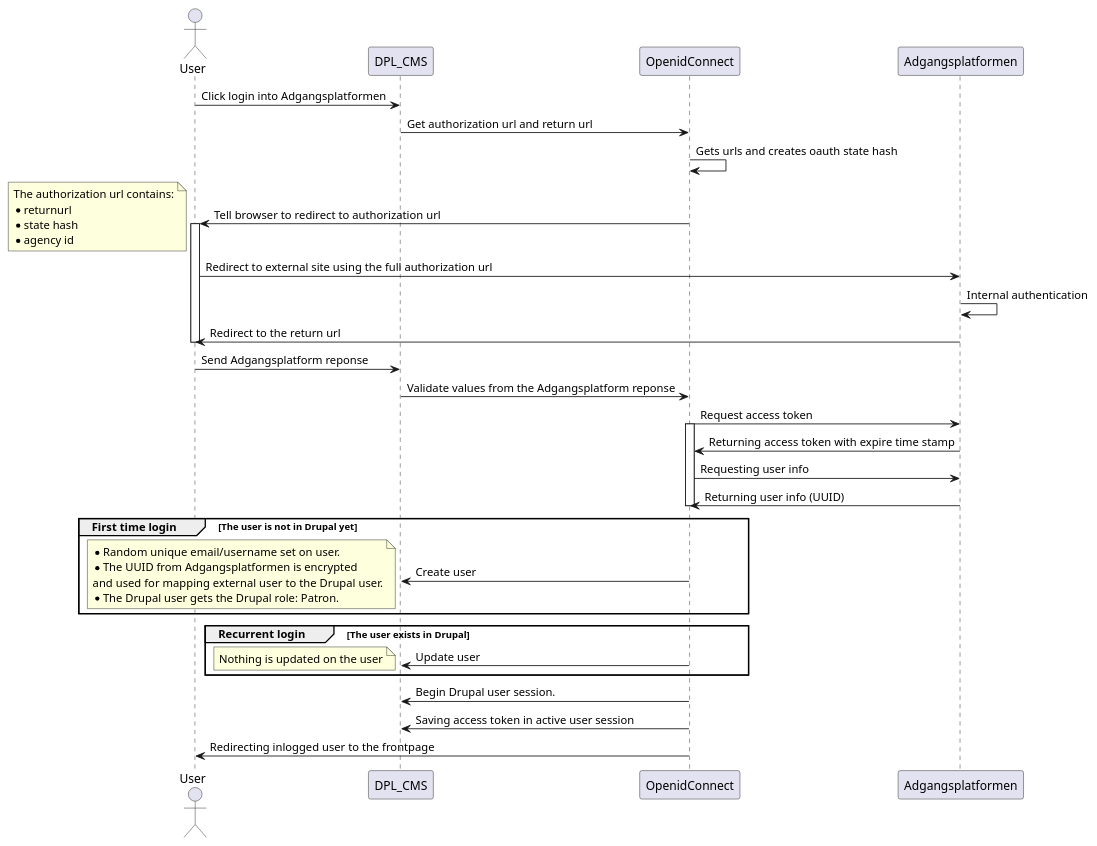
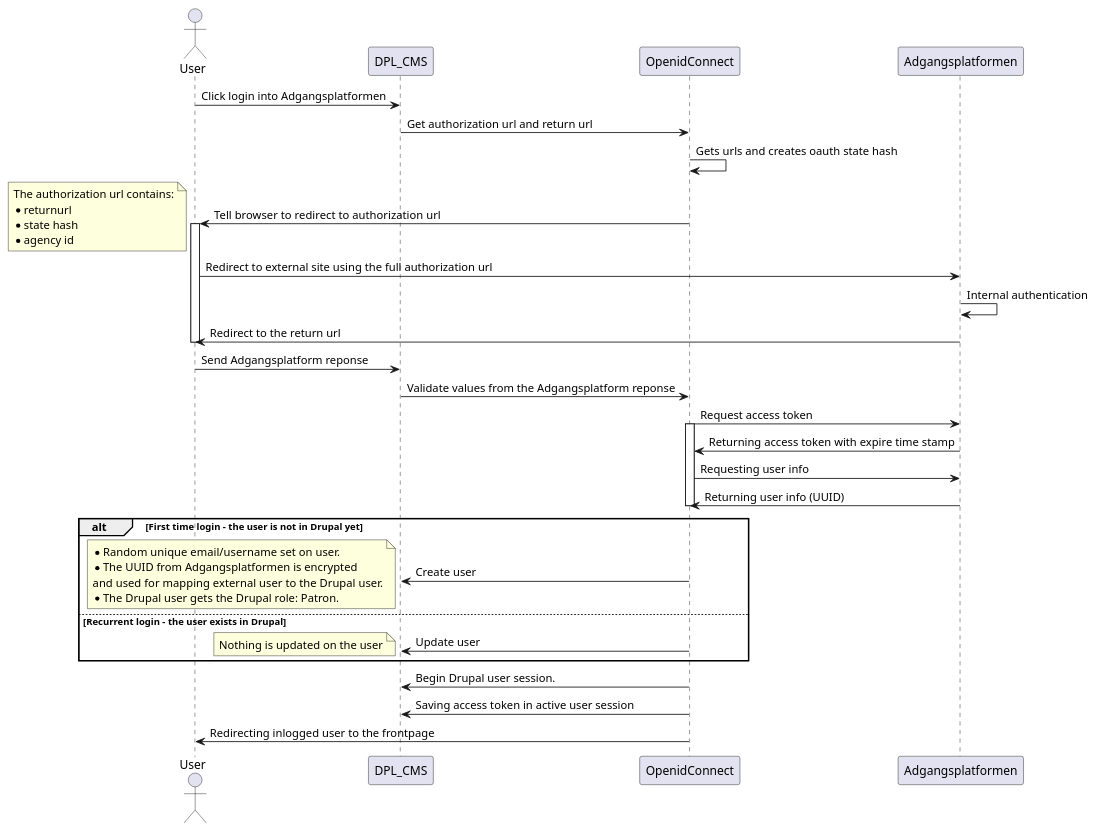
One commit to danskernesdigitalebibliotek/dpl-web changed the diagram in cms/documentation/diagrams/adgangsplatform-login.puml. Above: the diagram before and after it, drawn with PlantUML.

Commit message:
Using alt/else on login. Not on logout because it clutters the rendering

```diff
--- a/cms/documentation/diagrams/adgangsplatform-login.puml
+++ b/cms/documentation/diagrams/adgangsplatform-login.puml
@@ -1,53 +1,56 @@
 @startuml
 actor       User              as  user
 participant DPL_CMS           as  cms
 participant OpenidConnect    as  oc
 participant Adgangsplatformen as  ap
 user -> cms: Click login into Adgangsplatformen
 cms -> oc: Get authorization url and return url
 oc -> oc: Gets urls and creates oauth state hash
 
 oc -> user: Tell browser to redirect to authorization url
 activate user
 note left
 The authorization url contains:
 * returnurl
 * state hash
 * agency id
 end note
 user -> ap: Redirect to external site using the full authorization url
 ap -> ap: Internal authentication
 
 ap -> user: Redirect to the return url
 deactivate user
 user -> cms: Send Adgangsplatform reponse
 cms -> oc: Validate values from the Adgangsplatform reponse
 
 oc -> ap: Request access token
 activate oc
 ap -> oc: Returning access token with expire time stamp
 oc -> ap: Requesting user info
 ap -> oc: Returning user info (UUID)
 deactivate oc
 
-group First time login [The user is not in Drupal yet]
+alt First time login - the user is not in Drupal yet
+
 oc -> cms: Create user
 note left
 * Random unique email/username set on user.
 * The UUID from Adgangsplatformen is encrypted
 and used for mapping external user to the Drupal user.
 * The Drupal user gets the Drupal role: Patron.
 end note
-end
-group Recurrent login [The user exists in Drupal]
+
+else Recurrent login - the user exists in Drupal
+
 oc -> cms: Update user
 note left
 Nothing is updated on the user
 end note
+
 end
 
 
 oc -> cms: Begin Drupal user session.
 oc -> cms: Saving access token in active user session
 oc -> user: Redirecting inlogged user to the frontpage
 @enduml
```
